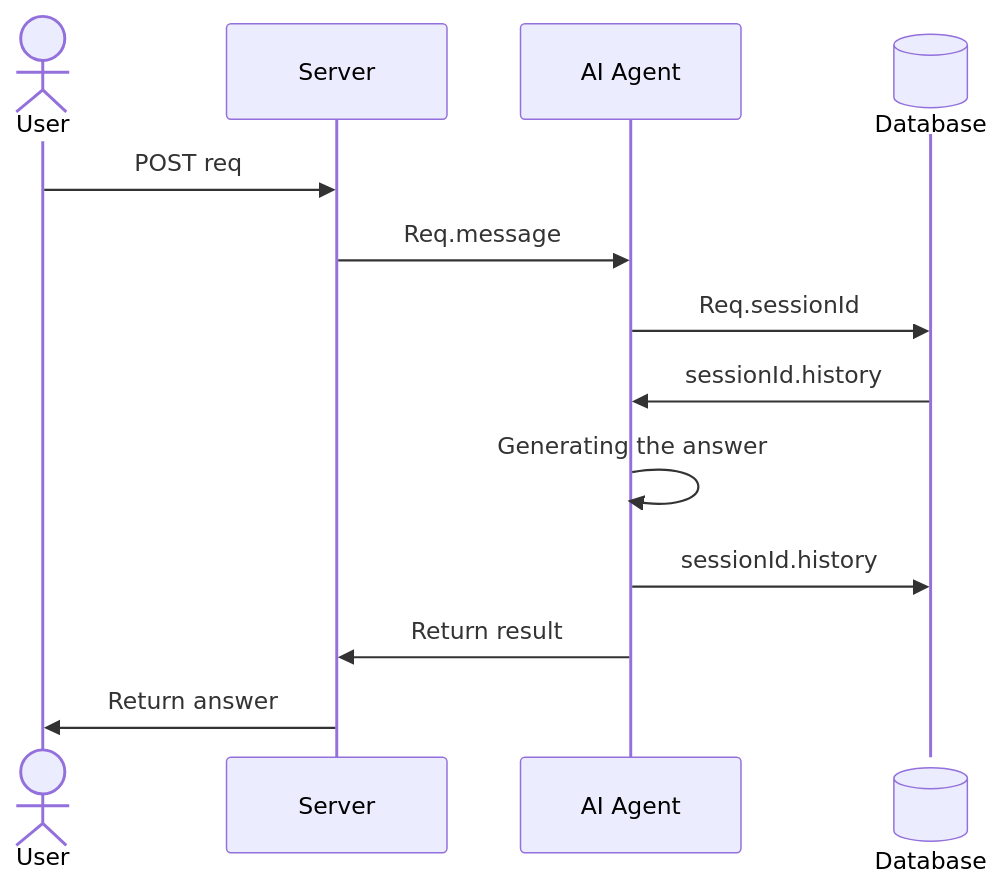
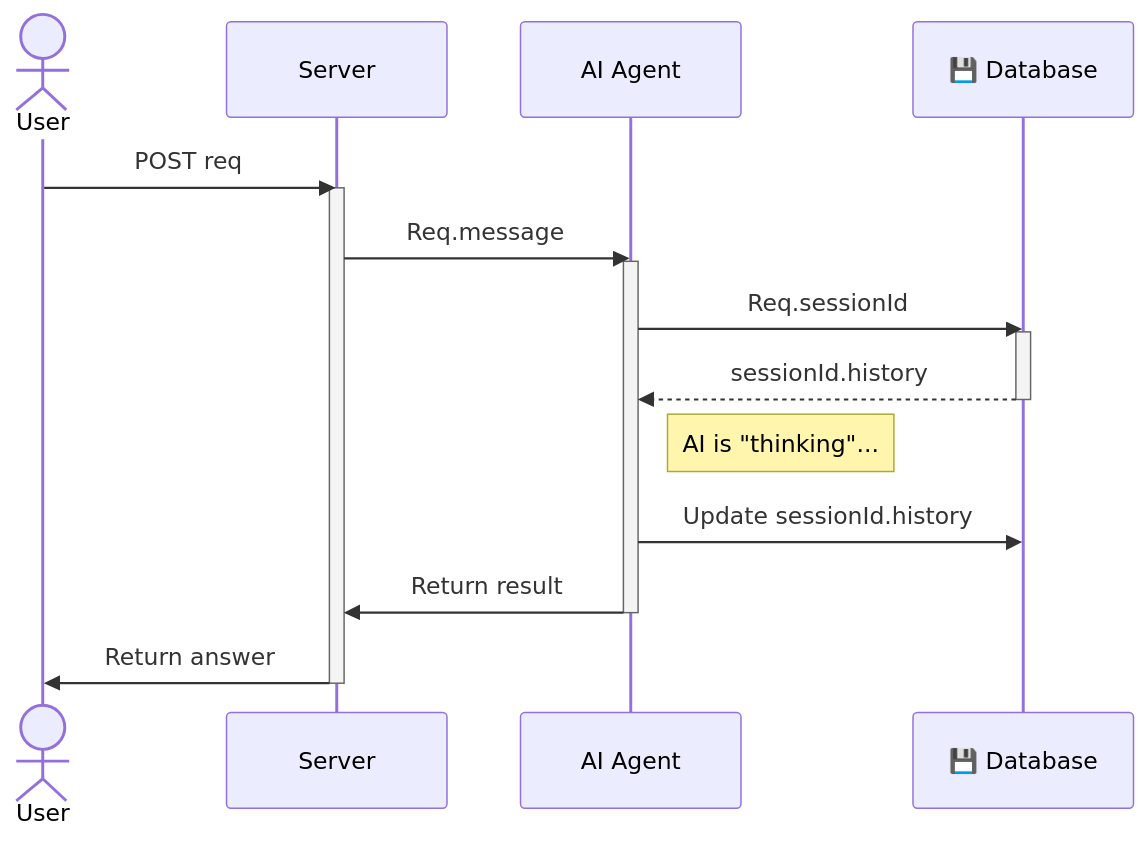
The third of 3 diagrams in README.md (1fedotov/llm-chat-backend), drawn with Mermaid before and after one commit.

````diff
--- a/README.md
+++ b/README.md
@@ -53,16 +53,26 @@
 ```mermaid
 sequenceDiagram
-  actor A1 as User
-  participant P1 as Server
-  participant P2 as AI Agent
-  participant P3@{ "type": "database" } as Database
-  
-  A1->>P1: POST req
-  P1->>P2: Req.message
-  P2->>P3: Req.sessionId
-  P3->>P2: sessionId.history
-  P2->>P2: Generating the answer
-  P2->>P3: sessionId.history
-  P2->>P1: Return result
-  P1->>A1: Return answer
+    actor A1 as User
+    participant P1 as Server
+    participant P2 as AI Agent
+    participant P3 as 💾 Database
+
+    A1->>P1: POST req
+    activate P1
+    P1->>P2: Req.message
+    activate P2
+    
+    P2->>P3: Req.sessionId
+    activate P3
+    P3-->>P2: sessionId.history
+    deactivate P3
+    
+    Note right of P2: AI is "thinking"...
+    
+    P2->>P3: Update sessionId.history
+    P2->>P1: Return result
+    deactivate P2
+    
+    P1->>A1: Return answer
+    deactivate P1
 ```
````
